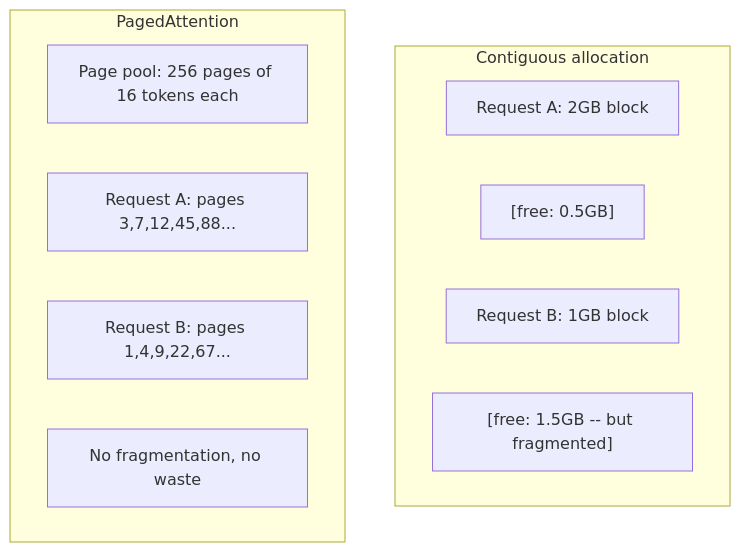
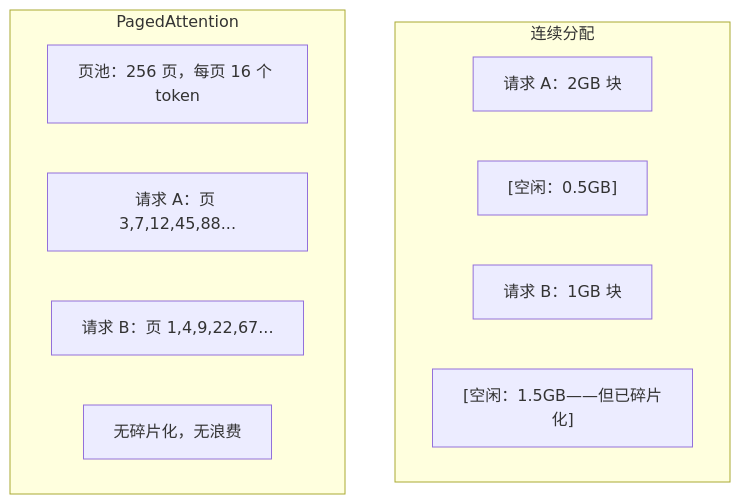
Before and after one commit to alessandrodinisio-ai/ai-engineering-learning-framework: the fourth of 5 diagrams in phases/10-llms-from-scratch/12-inference-optimization/docs/zh.md, drawn with Mermaid. The commit also changed other lines of this file and 120 other files, not shown here.

First line of the commit message:
i18n(mermaid): 337 个 mermaid 图表标签中文化

````diff
--- a/phases/10-llms-from-scratch/12-inference-optimization/docs/zh.md
+++ b/phases/10-llms-from-scratch/12-inference-optimization/docs/zh.md
@@ -136,16 +136,16 @@
 ```mermaid
 graph TD
-    subgraph "Contiguous allocation"
-        C1["Request A: 2GB block"]
-        C2["[free: 0.5GB]"]
-        C3["Request B: 1GB block"]
-        C4["[free: 1.5GB -- but fragmented]"]
+    subgraph "连续分配"
+        C1["请求 A：2GB 块"]
+        C2["[空闲：0.5GB]"]
+        C3["请求 B：1GB 块"]
+        C4["[空闲：1.5GB——但已碎片化]"]
     end
 
     subgraph "PagedAttention"
-        P1["Page pool: 256 pages of 16 tokens each"]
-        P2["Request A: pages 3,7,12,45,88..."]
-        P3["Request B: pages 1,4,9,22,67..."]
-        P4["No fragmentation, no waste"]
+        P1["页池：256 页，每页 16 个 token"]
+        P2["请求 A：页 3,7,12,45,88..."]
+        P3["请求 B：页 1,4,9,22,67..."]
+        P4["无碎片化，无浪费"]
     end
 ```
````
